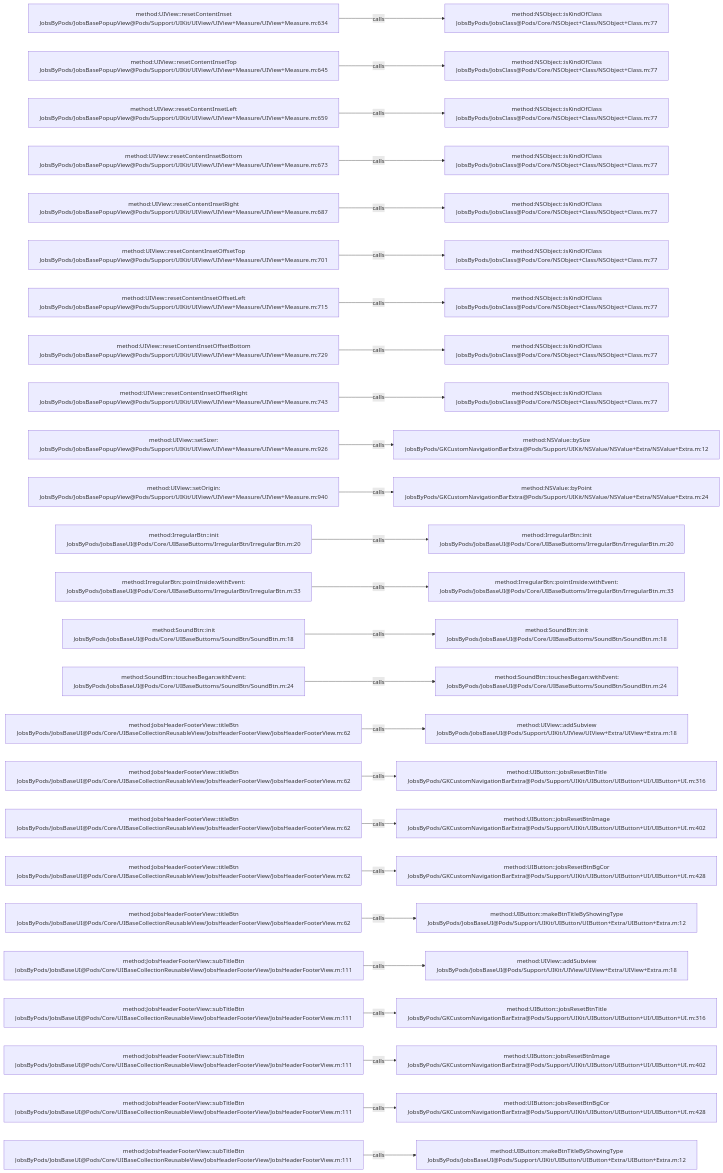
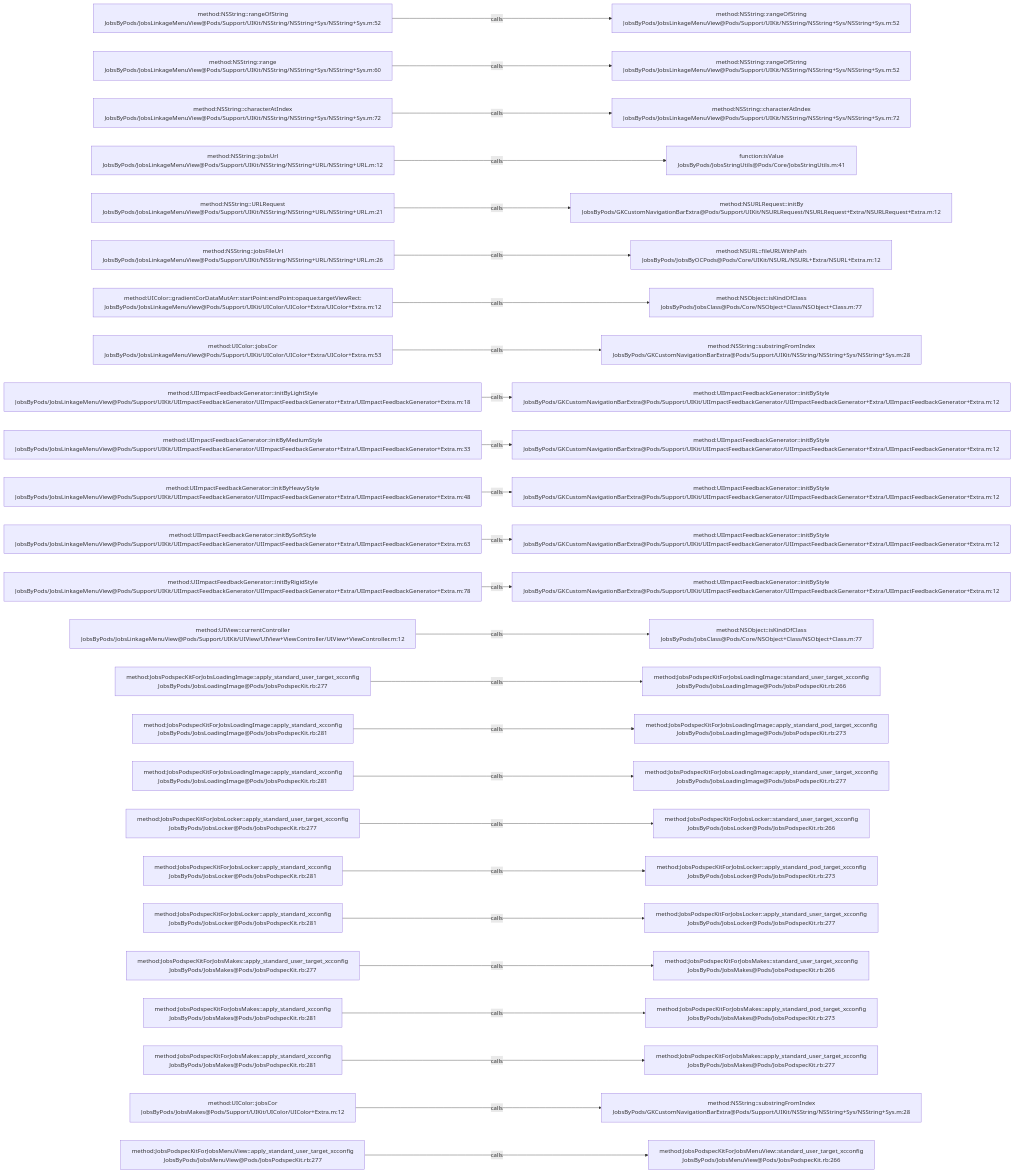
One commit to JobsKits/JobsOCBaseConfigDemo changed the diagram in .codegraph/codegraph.md/graphs/calls-014.md. Above: the diagram before and after it, drawn with Mermaid. The commit also changed 2162 other files, not shown here.

````diff
--- a/.codegraph/codegraph.md/graphs/calls-014.md
+++ b/.codegraph/codegraph.md/graphs/calls-014.md
@@ -13,78 +13,78 @@
 ```mermaid
 flowchart LR
-  S1["method:UIView::resetContentInset<br/>JobsByPods/JobsBasePopupView@Pods/Support/UIKit/UIView/UIView+Measure/UIView+Measure.m:634"]
-  T1["method:NSObject::isKindOfClass<br/>JobsByPods/JobsClass@Pods/Core/NSObject+Class/NSObject+Class.m:77"]
+  S1["method:NSString::rangeOfString<br/>JobsByPods/JobsLinkageMenuView@Pods/Support/UIKit/NSString/NSString+Sys/NSString+Sys.m:52"]
+  T1["method:NSString::rangeOfString<br/>JobsByPods/JobsLinkageMenuView@Pods/Support/UIKit/NSString/NSString+Sys/NSString+Sys.m:52"]
   S1 -->|calls| T1
-  S2["method:UIView::resetContentInsetTop<br/>JobsByPods/JobsBasePopupView@Pods/Support/UIKit/UIView/UIView+Measure/UIView+Measure.m:645"]
-  T2["method:NSObject::isKindOfClass<br/>JobsByPods/JobsClass@Pods/Core/NSObject+Class/NSObject+Class.m:77"]
+  S2["method:NSString::range<br/>JobsByPods/JobsLinkageMenuView@Pods/Support/UIKit/NSString/NSString+Sys/NSString+Sys.m:60"]
+  T2["method:NSString::rangeOfString<br/>JobsByPods/JobsLinkageMenuView@Pods/Support/UIKit/NSString/NSString+Sys/NSString+Sys.m:52"]
   S2 -->|calls| T2
-  S3["method:UIView::resetContentInsetLeft<br/>JobsByPods/JobsBasePopupView@Pods/Support/UIKit/UIView/UIView+Measure/UIView+Measure.m:659"]
-  T3["method:NSObject::isKindOfClass<br/>JobsByPods/JobsClass@Pods/Core/NSObject+Class/NSObject+Class.m:77"]
+  S3["method:NSString::characterAtIndex<br/>JobsByPods/JobsLinkageMenuView@Pods/Support/UIKit/NSString/NSString+Sys/NSString+Sys.m:72"]
+  T3["method:NSString::characterAtIndex<br/>JobsByPods/JobsLinkageMenuView@Pods/Support/UIKit/NSString/NSString+Sys/NSString+Sys.m:72"]
   S3 -->|calls| T3
-  S4["method:UIView::resetContentInsetBottom<br/>JobsByPods/JobsBasePopupView@Pods/Support/UIKit/UIView/UIView+Measure/UIView+Measure.m:673"]
-  T4["method:NSObject::isKindOfClass<br/>JobsByPods/JobsClass@Pods/Core/NSObject+Class/NSObject+Class.m:77"]
+  S4["method:NSString::jobsUrl<br/>JobsByPods/JobsLinkageMenuView@Pods/Support/UIKit/NSString/NSString+URL/NSString+URL.m:12"]
+  T4["function:isValue<br/>JobsByPods/JobsStringUtils@Pods/Core/JobsStringUtils.m:41"]
   S4 -->|calls| T4
-  S5["method:UIView::resetContentInsetRight<br/>JobsByPods/JobsBasePopupView@Pods/Support/UIKit/UIView/UIView+Measure/UIView+Measure.m:687"]
-  T5["method:NSObject::isKindOfClass<br/>JobsByPods/JobsClass@Pods/Core/NSObject+Class/NSObject+Class.m:77"]
+  S5["method:NSString::URLRequest<br/>JobsByPods/JobsLinkageMenuView@Pods/Support/UIKit/NSString/NSString+URL/NSString+URL.m:21"]
+  T5["method:NSURLRequest::initBy<br/>JobsByPods/GKCustomNavigationBarExtra@Pods/Support/UIKit/NSURLRequest/NSURLRequest+Extra/NSURLRequest+Extra.m:12"]
   S5 -->|calls| T5
-  S6["method:UIView::resetContentInsetOffsetTop<br/>JobsByPods/JobsBasePopupView@Pods/Support/UIKit/UIView/UIView+Measure/UIView+Measure.m:701"]
-  T6["method:NSObject::isKindOfClass<br/>JobsByPods/JobsClass@Pods/Core/NSObject+Class/NSObject+Class.m:77"]
+  S6["method:NSString::jobsFileUrl<br/>JobsByPods/JobsLinkageMenuView@Pods/Support/UIKit/NSString/NSString+URL/NSString+URL.m:26"]
+  T6["method:NSURL::fileURLWithPath<br/>JobsByPods/JobsByOCPods@Pods/Core/UIKit/NSURL/NSURL+Extra/NSURL+Extra.m:12"]
   S6 -->|calls| T6
-  S7["method:UIView::resetContentInsetOffsetLeft<br/>JobsByPods/JobsBasePopupView@Pods/Support/UIKit/UIView/UIView+Measure/UIView+Measure.m:715"]
+  S7["method:UIColor::gradientCorDataMutArr:startPoint:endPoint:opaque:targetViewRect:<br/>JobsByPods/JobsLinkageMenuView@Pods/Support/UIKit/UIColor/UIColor+Extra/UIColor+Extra.m:12"]
   T7["method:NSObject::isKindOfClass<br/>JobsByPods/JobsClass@Pods/Core/NSObject+Class/NSObject+Class.m:77"]
   S7 -->|calls| T7
-  S8["method:UIView::resetContentInsetOffsetBottom<br/>JobsByPods/JobsBasePopupView@Pods/Support/UIKit/UIView/UIView+Measure/UIView+Measure.m:729"]
-  T8["method:NSObject::isKindOfClass<br/>JobsByPods/JobsClass@Pods/Core/NSObject+Class/NSObject+Class.m:77"]
+  S8["method:UIColor::jobsCor<br/>JobsByPods/JobsLinkageMenuView@Pods/Support/UIKit/UIColor/UIColor+Extra/UIColor+Extra.m:53"]
+  T8["method:NSString::substringFromIndex<br/>JobsByPods/GKCustomNavigationBarExtra@Pods/Support/UIKit/NSString/NSString+Sys/NSString+Sys.m:28"]
   S8 -->|calls| T8
-  S9["method:UIView::resetContentInsetOffsetRight<br/>JobsByPods/JobsBasePopupView@Pods/Support/UIKit/UIView/UIView+Measure/UIView+Measure.m:743"]
-  T9["method:NSObject::isKindOfClass<br/>JobsByPods/JobsClass@Pods/Core/NSObject+Class/NSObject+Class.m:77"]
+  S9["method:UIImpactFeedbackGenerator::initByLightStyle<br/>JobsByPods/JobsLinkageMenuView@Pods/Support/UIKit/UIImpactFeedbackGenerator/UIImpactFeedbackGenerator+Extra/UIImpactFeedbackGenerator+Extra.m:18"]
+  T9["method:UIImpactFeedbackGenerator::initByStyle<br/>JobsByPods/GKCustomNavigationBarExtra@Pods/Support/UIKit/UIImpactFeedbackGenerator/UIImpactFeedbackGenerator+Extra/UIImpactFeedbackGenerator+Extra.m:12"]
   S9 -->|calls| T9
-  S10["method:UIView::setSizer:<br/>JobsByPods/JobsBasePopupView@Pods/Support/UIKit/UIView/UIView+Measure/UIView+Measure.m:926"]
-  T10["method:NSValue::bySize<br/>JobsByPods/GKCustomNavigationBarExtra@Pods/Support/UIKit/NSValue/NSValue+Extra/NSValue+Extra.m:12"]
+  S10["method:UIImpactFeedbackGenerator::initByMediumStyle<br/>JobsByPods/JobsLinkageMenuView@Pods/Support/UIKit/UIImpactFeedbackGenerator/UIImpactFeedbackGenerator+Extra/UIImpactFeedbackGenerator+Extra.m:33"]
+  T10["method:UIImpactFeedbackGenerator::initByStyle<br/>JobsByPods/GKCustomNavigationBarExtra@Pods/Support/UIKit/UIImpactFeedbackGenerator/UIImpactFeedbackGenerator+Extra/UIImpactFeedbackGenerator+Extra.m:12"]
   S10 -->|calls| T10
-  S11["method:UIView::setOrigin:<br/>JobsByPods/JobsBasePopupView@Pods/Support/UIKit/UIView/UIView+Measure/UIView+Measure.m:940"]
-  T11["method:NSValue::byPoint<br/>JobsByPods/GKCustomNavigationBarExtra@Pods/Support/UIKit/NSValue/NSValue+Extra/NSValue+Extra.m:24"]
+  S11["method:UIImpactFeedbackGenerator::initByHeavyStyle<br/>JobsByPods/JobsLinkageMenuView@Pods/Support/UIKit/UIImpactFeedbackGenerator/UIImpactFeedbackGenerator+Extra/UIImpactFeedbackGenerator+Extra.m:48"]
+  T11["method:UIImpactFeedbackGenerator::initByStyle<br/>JobsByPods/GKCustomNavigationBarExtra@Pods/Support/UIKit/UIImpactFeedbackGenerator/UIImpactFeedbackGenerator+Extra/UIImpactFeedbackGenerator+Extra.m:12"]
   S11 -->|calls| T11
-  S12["method:IrregularBtn::init<br/>JobsByPods/JobsBaseUI@Pods/Core/UIBaseButtoms/IrregularBtn/IrregularBtn.m:20"]
-  T12["method:IrregularBtn::init<br/>JobsByPods/JobsBaseUI@Pods/Core/UIBaseButtoms/IrregularBtn/IrregularBtn.m:20"]
+  S12["method:UIImpactFeedbackGenerator::initBySoftStyle<br/>JobsByPods/JobsLinkageMenuView@Pods/Support/UIKit/UIImpactFeedbackGenerator/UIImpactFeedbackGenerator+Extra/UIImpactFeedbackGenerator+Extra.m:63"]
+  T12["method:UIImpactFeedbackGenerator::initByStyle<br/>JobsByPods/GKCustomNavigationBarExtra@Pods/Support/UIKit/UIImpactFeedbackGenerator/UIImpactFeedbackGenerator+Extra/UIImpactFeedbackGenerator+Extra.m:12"]
   S12 -->|calls| T12
-  S13["method:IrregularBtn::pointInside:withEvent:<br/>JobsByPods/JobsBaseUI@Pods/Core/UIBaseButtoms/IrregularBtn/IrregularBtn.m:33"]
-  T13["method:IrregularBtn::pointInside:withEvent:<br/>JobsByPods/JobsBaseUI@Pods/Core/UIBaseButtoms/IrregularBtn/IrregularBtn.m:33"]
+  S13["method:UIImpactFeedbackGenerator::initByRigidStyle<br/>JobsByPods/JobsLinkageMenuView@Pods/Support/UIKit/UIImpactFeedbackGenerator/UIImpactFeedbackGenerator+Extra/UIImpactFeedbackGenerator+Extra.m:78"]
+  T13["method:UIImpactFeedbackGenerator::initByStyle<br/>JobsByPods/GKCustomNavigationBarExtra@Pods/Support/UIKit/UIImpactFeedbackGenerator/UIImpactFeedbackGenerator+Extra/UIImpactFeedbackGenerator+Extra.m:12"]
   S13 -->|calls| T13
-  S14["method:SoundBtn::init<br/>JobsByPods/JobsBaseUI@Pods/Core/UIBaseButtoms/SoundBtn/SoundBtn.m:18"]
-  T14["method:SoundBtn::init<br/>JobsByPods/JobsBaseUI@Pods/Core/UIBaseButtoms/SoundBtn/SoundBtn.m:18"]
+  S14["method:UIView::currentController<br/>JobsByPods/JobsLinkageMenuView@Pods/Support/UIKit/UIView/UIView+ViewController/UIView+ViewController.m:12"]
+  T14["method:NSObject::isKindOfClass<br/>JobsByPods/JobsClass@Pods/Core/NSObject+Class/NSObject+Class.m:77"]
   S14 -->|calls| T14
-  S15["method:SoundBtn::touchesBegan:withEvent:<br/>JobsByPods/JobsBaseUI@Pods/Core/UIBaseButtoms/SoundBtn/SoundBtn.m:24"]
-  T15["method:SoundBtn::touchesBegan:withEvent:<br/>JobsByPods/JobsBaseUI@Pods/Core/UIBaseButtoms/SoundBtn/SoundBtn.m:24"]
+  S15["method:JobsPodspecKitForJobsLoadingImage::apply_standard_user_target_xcconfig<br/>JobsByPods/JobsLoadingImage@Pods/JobsPodspecKit.rb:277"]
+  T15["method:JobsPodspecKitForJobsLoadingImage::standard_user_target_xcconfig<br/>JobsByPods/JobsLoadingImage@Pods/JobsPodspecKit.rb:266"]
   S15 -->|calls| T15
-  S16["method:JobsHeaderFooterView::titleBtn<br/>JobsByPods/JobsBaseUI@Pods/Core/UIBaseCollectionReusableView/JobsHeaderFooterView/JobsHeaderFooterView.m:62"]
-  T16["method:UIView::addSubview<br/>JobsByPods/JobsBaseUI@Pods/Support/UIKit/UIView/UIView+Extra/UIView+Extra.m:18"]
+  S16["method:JobsPodspecKitForJobsLoadingImage::apply_standard_xcconfig<br/>JobsByPods/JobsLoadingImage@Pods/JobsPodspecKit.rb:281"]
+  T16["method:JobsPodspecKitForJobsLoadingImage::apply_standard_pod_target_xcconfig<br/>JobsByPods/JobsLoadingImage@Pods/JobsPodspecKit.rb:273"]
   S16 -->|calls| T16
-  S17["method:JobsHeaderFooterView::titleBtn<br/>JobsByPods/JobsBaseUI@Pods/Core/UIBaseCollectionReusableView/JobsHeaderFooterView/JobsHeaderFooterView.m:62"]
-  T17["method:UIButton::jobsResetBtnTitle<br/>JobsByPods/GKCustomNavigationBarExtra@Pods/Support/UIKit/UIButton/UIButton+UI/UIButton+UI.m:316"]
+  S17["method:JobsPodspecKitForJobsLoadingImage::apply_standard_xcconfig<br/>JobsByPods/JobsLoadingImage@Pods/JobsPodspecKit.rb:281"]
+  T17["method:JobsPodspecKitForJobsLoadingImage::apply_standard_user_target_xcconfig<br/>JobsByPods/JobsLoadingImage@Pods/JobsPodspecKit.rb:277"]
   S17 -->|calls| T17
-  S18["method:JobsHeaderFooterView::titleBtn<br/>JobsByPods/JobsBaseUI@Pods/Core/UIBaseCollectionReusableView/JobsHeaderFooterView/JobsHeaderFooterView.m:62"]
-  T18["method:UIButton::jobsResetBtnImage<br/>JobsByPods/GKCustomNavigationBarExtra@Pods/Support/UIKit/UIButton/UIButton+UI/UIButton+UI.m:402"]
+  S18["method:JobsPodspecKitForJobsLocker::apply_standard_user_target_xcconfig<br/>JobsByPods/JobsLocker@Pods/JobsPodspecKit.rb:277"]
+  T18["method:JobsPodspecKitForJobsLocker::standard_user_target_xcconfig<br/>JobsByPods/JobsLocker@Pods/JobsPodspecKit.rb:266"]
   S18 -->|calls| T18
-  S19["method:JobsHeaderFooterView::titleBtn<br/>JobsByPods/JobsBaseUI@Pods/Core/UIBaseCollectionReusableView/JobsHeaderFooterView/JobsHeaderFooterView.m:62"]
-  T19["method:UIButton::jobsResetBtnBgCor<br/>JobsByPods/GKCustomNavigationBarExtra@Pods/Support/UIKit/UIButton/UIButton+UI/UIButton+UI.m:428"]
+  S19["method:JobsPodspecKitForJobsLocker::apply_standard_xcconfig<br/>JobsByPods/JobsLocker@Pods/JobsPodspecKit.rb:281"]
+  T19["method:JobsPodspecKitForJobsLocker::apply_standard_pod_target_xcconfig<br/>JobsByPods/JobsLocker@Pods/JobsPodspecKit.rb:273"]
   S19 -->|calls| T19
-  S20["method:JobsHeaderFooterView::titleBtn<br/>JobsByPods/JobsBaseUI@Pods/Core/UIBaseCollectionReusableView/JobsHeaderFooterView/JobsHeaderFooterView.m:62"]
-  T20["method:UIButton::makeBtnTitleByShowingType<br/>JobsByPods/JobsBaseUI@Pods/Support/UIKit/UIButton/UIButton+Extra/UIButton+Extra.m:12"]
+  S20["method:JobsPodspecKitForJobsLocker::apply_standard_xcconfig<br/>JobsByPods/JobsLocker@Pods/JobsPodspecKit.rb:281"]
+  T20["method:JobsPodspecKitForJobsLocker::apply_standard_user_target_xcconfig<br/>JobsByPods/JobsLocker@Pods/JobsPodspecKit.rb:277"]
   S20 -->|calls| T20
-  S21["method:JobsHeaderFooterView::subTitleBtn<br/>JobsByPods/JobsBaseUI@Pods/Core/UIBaseCollectionReusableView/JobsHeaderFooterView/JobsHeaderFooterView.m:111"]
-  T21["method:UIView::addSubview<br/>JobsByPods/JobsBaseUI@Pods/Support/UIKit/UIView/UIView+Extra/UIView+Extra.m:18"]
+  S21["method:JobsPodspecKitForJobsMakes::apply_standard_user_target_xcconfig<br/>JobsByPods/JobsMakes@Pods/JobsPodspecKit.rb:277"]
+  T21["method:JobsPodspecKitForJobsMakes::standard_user_target_xcconfig<br/>JobsByPods/JobsMakes@Pods/JobsPodspecKit.rb:266"]
   S21 -->|calls| T21
-  S22["method:JobsHeaderFooterView::subTitleBtn<br/>JobsByPods/JobsBaseUI@Pods/Core/UIBaseCollectionReusableView/JobsHeaderFooterView/JobsHeaderFooterView.m:111"]
-  T22["method:UIButton::jobsResetBtnTitle<br/>JobsByPods/GKCustomNavigationBarExtra@Pods/Support/UIKit/UIButton/UIButton+UI/UIButton+UI.m:316"]
+  S22["method:JobsPodspecKitForJobsMakes::apply_standard_xcconfig<br/>JobsByPods/JobsMakes@Pods/JobsPodspecKit.rb:281"]
+  T22["method:JobsPodspecKitForJobsMakes::apply_standard_pod_target_xcconfig<br/>JobsByPods/JobsMakes@Pods/JobsPodspecKit.rb:273"]
   S22 -->|calls| T22
-  S23["method:JobsHeaderFooterView::subTitleBtn<br/>JobsByPods/JobsBaseUI@Pods/Core/UIBaseCollectionReusableView/JobsHeaderFooterView/JobsHeaderFooterView.m:111"]
-  T23["method:UIButton::jobsResetBtnImage<br/>JobsByPods/GKCustomNavigationBarExtra@Pods/Support/UIKit/UIButton/UIButton+UI/UIButton+UI.m:402"]
+  S23["method:JobsPodspecKitForJobsMakes::apply_standard_xcconfig<br/>JobsByPods/JobsMakes@Pods/JobsPodspecKit.rb:281"]
+  T23["method:JobsPodspecKitForJobsMakes::apply_standard_user_target_xcconfig<br/>JobsByPods/JobsMakes@Pods/JobsPodspecKit.rb:277"]
   S23 -->|calls| T23
-  S24["method:JobsHeaderFooterView::subTitleBtn<br/>JobsByPods/JobsBaseUI@Pods/Core/UIBaseCollectionReusableView/JobsHeaderFooterView/JobsHeaderFooterView.m:111"]
-  T24["method:UIButton::jobsResetBtnBgCor<br/>JobsByPods/GKCustomNavigationBarExtra@Pods/Support/UIKit/UIButton/UIButton+UI/UIButton+UI.m:428"]
+  S24["method:UIColor::jobsCor<br/>JobsByPods/JobsMakes@Pods/Support/UIKit/UIColor/UIColor+Extra.m:12"]
+  T24["method:NSString::substringFromIndex<br/>JobsByPods/GKCustomNavigationBarExtra@Pods/Support/UIKit/NSString/NSString+Sys/NSString+Sys.m:28"]
   S24 -->|calls| T24
-  S25["method:JobsHeaderFooterView::subTitleBtn<br/>JobsByPods/JobsBaseUI@Pods/Core/UIBaseCollectionReusableView/JobsHeaderFooterView/JobsHeaderFooterView.m:111"]
-  T25["method:UIButton::makeBtnTitleByShowingType<br/>JobsByPods/JobsBaseUI@Pods/Support/UIKit/UIButton/UIButton+Extra/UIButton+Extra.m:12"]
+  S25["method:JobsPodspecKitForJobsMenuView::apply_standard_user_target_xcconfig<br/>JobsByPods/JobsMenuView@Pods/JobsPodspecKit.rb:277"]
+  T25["method:JobsPodspecKitForJobsMenuView::standard_user_target_xcconfig<br/>JobsByPods/JobsMenuView@Pods/JobsPodspecKit.rb:266"]
   S25 -->|calls| T25
 ```
````
